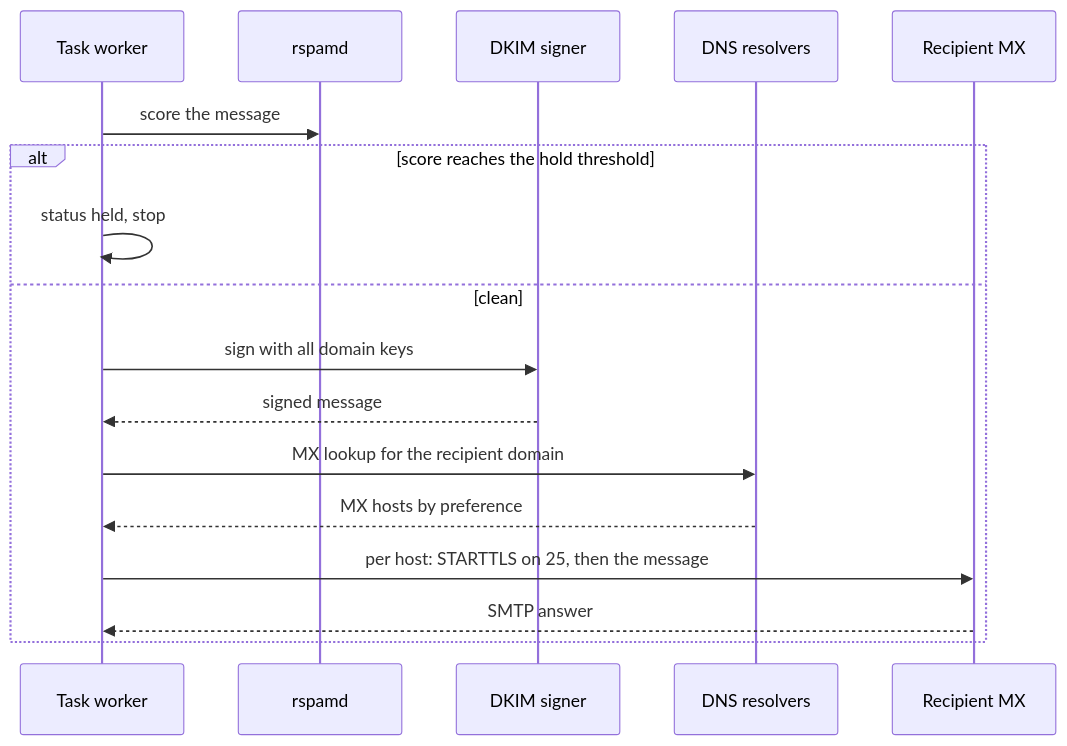
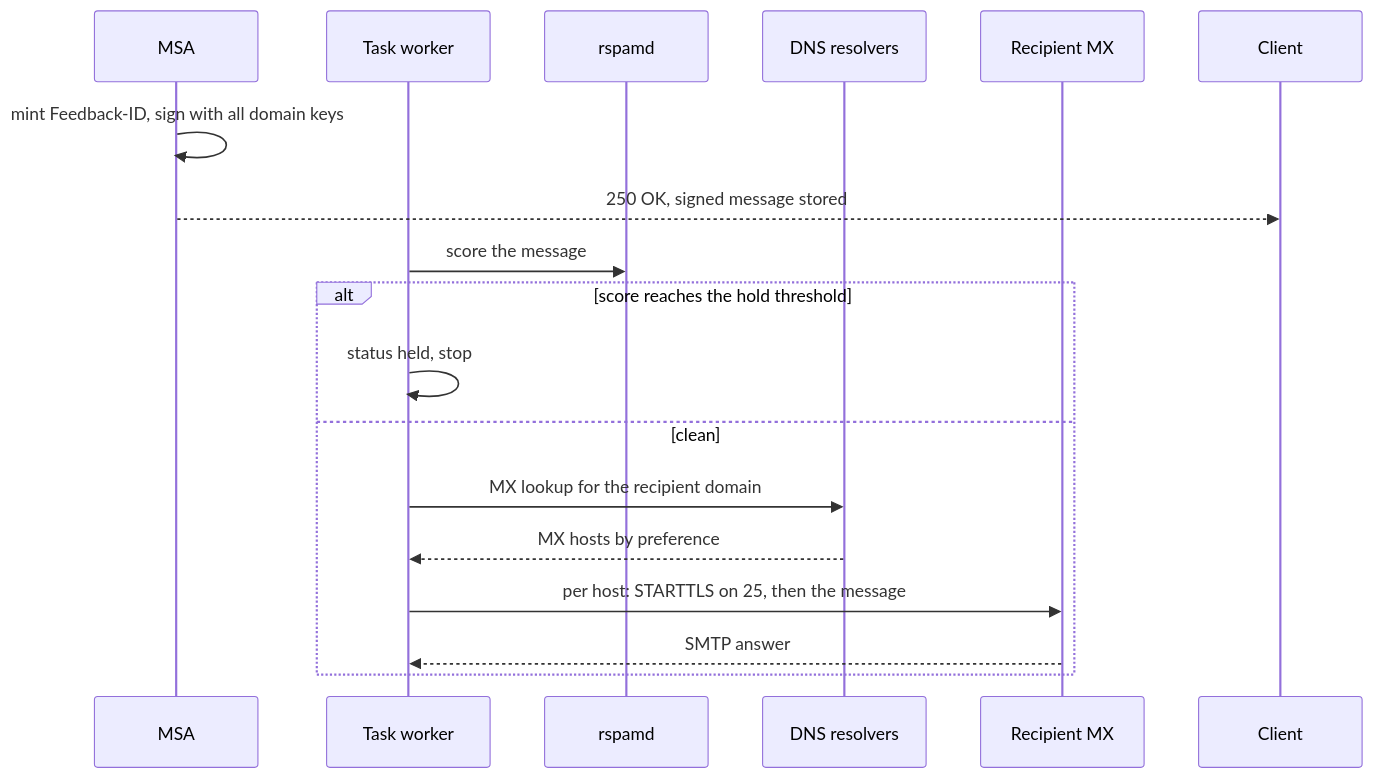
Before and after one commit to codingjoe/relay: the second of 2 diagrams in docs/docs/sending.md, drawn with Mermaid. The commit also changed other lines of this file and 6 other files, not shown here.

First line of the commit message:
Record MSA submissions and always show stored headers

````diff
--- a/docs/docs/sending.md
+++ b/docs/docs/sending.md
@@ -78,20 +80,20 @@
 ```mermaid
 sequenceDiagram
+    participant MSA as MSA
     participant Queue as Task worker
     participant Scan as rspamd
-    participant Sign as DKIM signer
     participant DNS as DNS resolvers
     participant Remote as Recipient MX
 
+    MSA->>MSA: mint Feedback-ID, sign with all domain keys
+    MSA-->>Client: 250 OK, signed message stored
     Queue->>Scan: score the message
     alt score reaches the hold threshold
         Queue->>Queue: status held, stop
     else clean
-        Queue->>Sign: sign with all domain keys
-        Sign-->>Queue: signed message
         Queue->>DNS: MX lookup for the recipient domain
         DNS-->>Queue: MX hosts by preference
         Queue->>Remote: per host: STARTTLS on 25, then the message
         Remote-->>Queue: SMTP answer
     end
 ```
````
